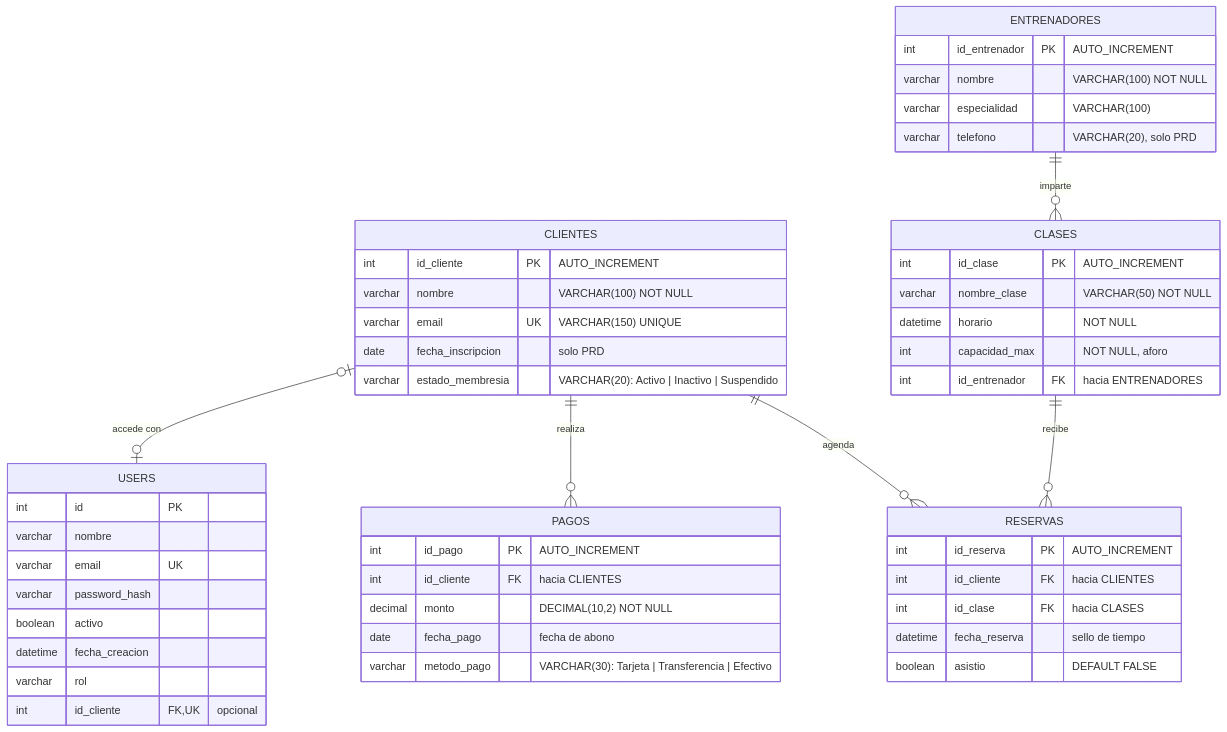
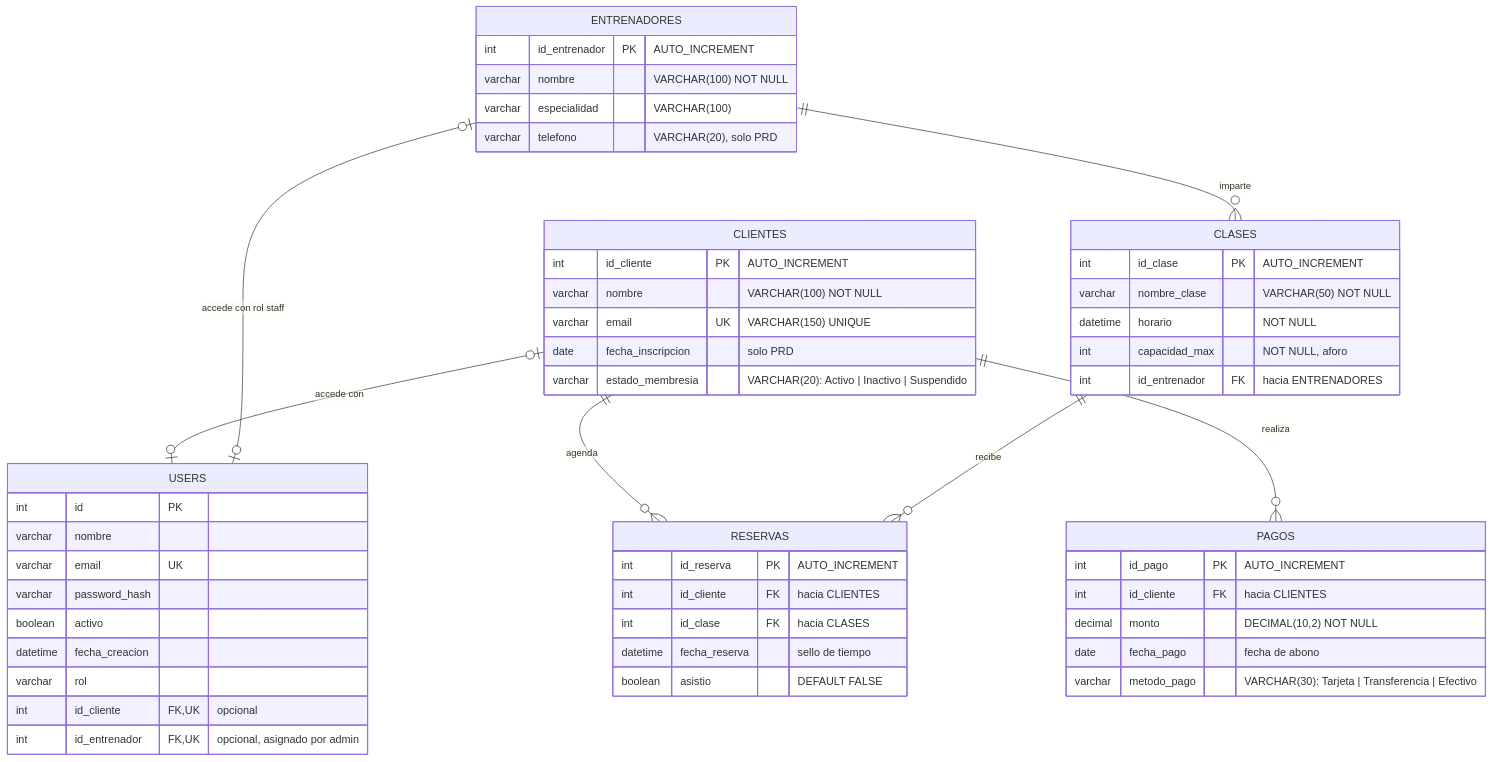
Before and after one commit to IA-P1-BCN/g1-python-crud-api: the diagram in docs/EDR_DIAGRAM.md, drawn with Mermaid. The commit also changed 53 other files, not shown here.

Commit message:
feat(permisos)!: limita el gimnasio por rol y propietario

````diff
--- a/docs/EDR_DIAGRAM.md
+++ b/docs/EDR_DIAGRAM.md
@@ -8,57 +8,59 @@
 ```mermaid
 erDiagram
     CLIENTES |o--o| USERS : "accede con"
+    ENTRENADORES |o--o| USERS : "accede con rol staff"
     USERS {
         int id PK
         varchar nombre
         varchar email UK
         varchar password_hash
         boolean activo
         datetime fecha_creacion
         varchar rol
         int id_cliente FK,UK "opcional"
+        int id_entrenador FK,UK "opcional, asignado por admin"
     }
     CLIENTES ||--o{ PAGOS : "realiza"
     CLIENTES ||--o{ RESERVAS : "agenda"
     CLASES ||--o{ RESERVAS : "recibe"
     ENTRENADORES ||--o{ CLASES : "imparte"
 
     CLIENTES {
         int id_cliente PK "AUTO_INCREMENT"
         varchar nombre "VARCHAR(100) NOT NULL"
         varchar email UK "VARCHAR(150) UNIQUE"
         date fecha_inscripcion "solo PRD"
         varchar estado_membresia "VARCHAR(20): Activo | Inactivo | Suspendido"
     }
 
     ENTRENADORES {
         int id_entrenador PK "AUTO_INCREMENT"
         varchar nombre "VARCHAR(100) NOT NULL"
         varchar especialidad "VARCHAR(100)"
         varchar telefono "VARCHAR(20), solo PRD"
     }
 
     CLASES {
         int id_clase PK "AUTO_INCREMENT"
         varchar nombre_clase "VARCHAR(50) NOT NULL"
         datetime horario "NOT NULL"
         int capacidad_max "NOT NULL, aforo"
         int id_entrenador FK "hacia ENTRENADORES"
     }
 
     RESERVAS {
         int id_reserva PK "AUTO_INCREMENT"
         int id_cliente FK "hacia CLIENTES"
         int id_clase FK "hacia CLASES"
         datetime fecha_reserva "sello de tiempo"
         boolean asistio "DEFAULT FALSE"
     }
 
     PAGOS {
         int id_pago PK "AUTO_INCREMENT"
         int id_cliente FK "hacia CLIENTES"
         decimal monto "DECIMAL(10,2) NOT NULL"
         date fecha_pago "fecha de abono"
         varchar metodo_pago "VARCHAR(30): Tarjeta | Transferencia | Efectivo"
     }
 ```
````
